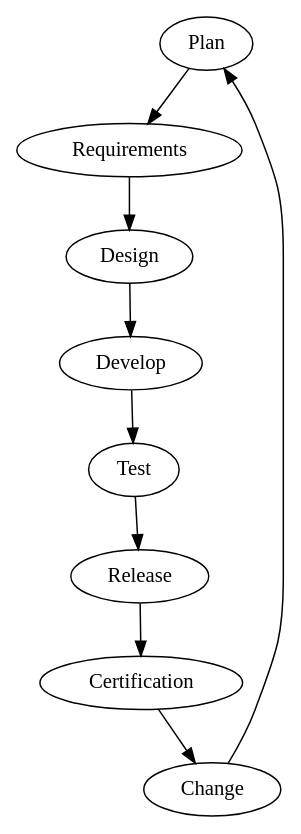
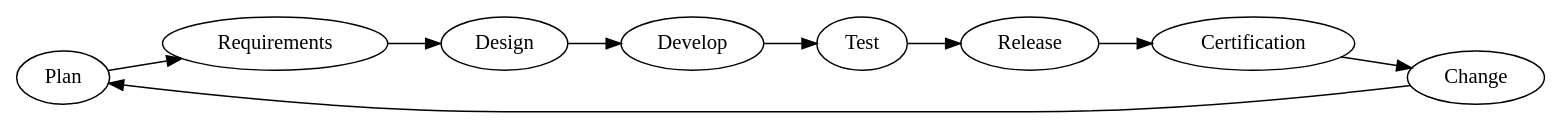
One commit to UPPMAX/programming_formalisms_intro changed the diagram in doc/sdlc.md. Above: the diagram before and after it, drawn with Graphviz. The commit also changed other lines of this file, not shown here.

````diff
--- a/doc/sdlc.md
+++ b/doc/sdlc.md
@@ -41,5 +41,6 @@
 ```{graphviz}
 digraph {
+   rankdir=LR;
    "Plan" -> "Requirements" -> "Design" -> "Develop" -> Test -> Release -> Certification -> Change -> "Plan";
 }
 ```
````
